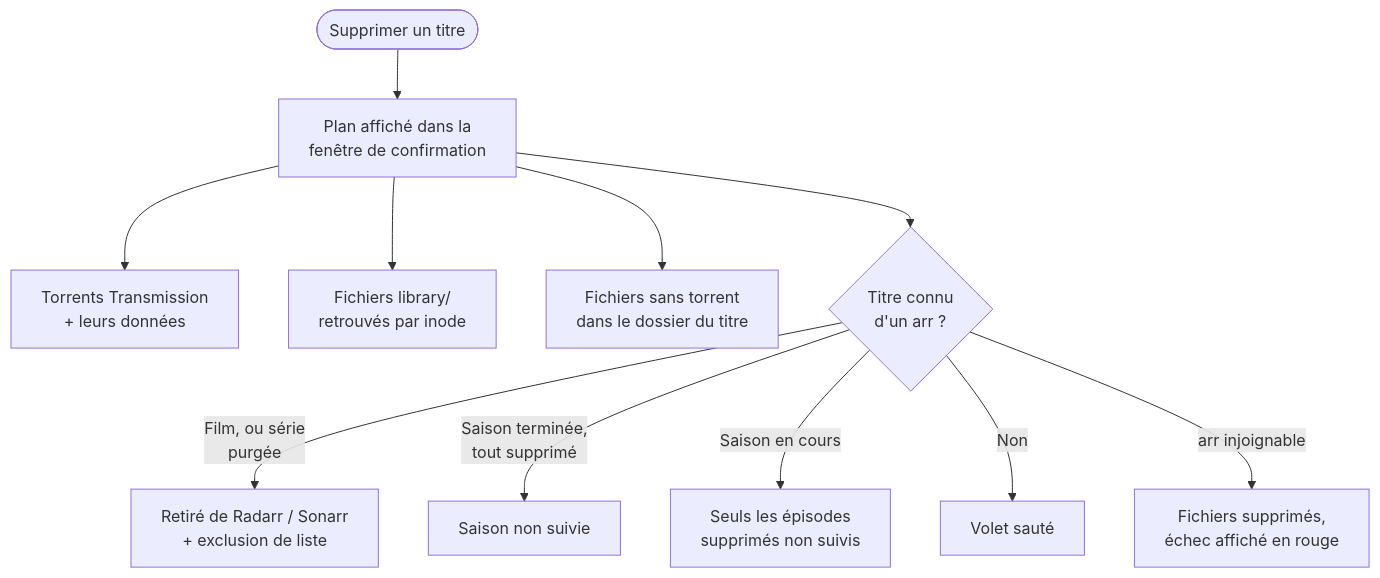
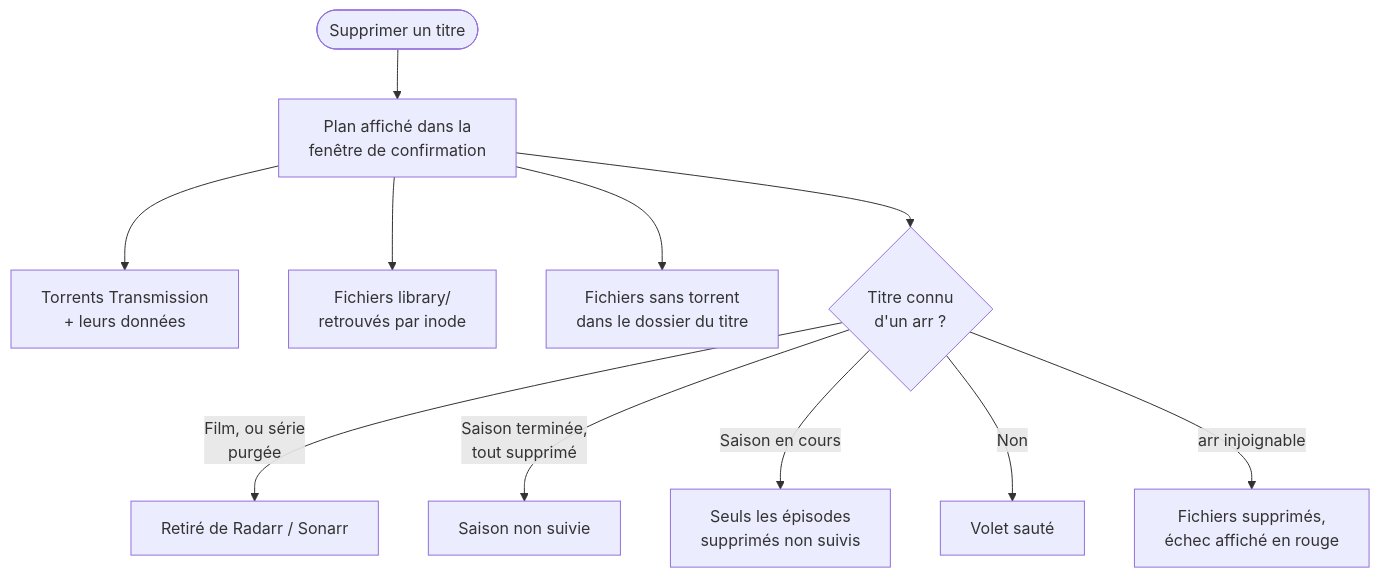
One commit to nattyebola/home-server-services changed the diagram in docs/clearr.md. Above: the diagram before and after it, drawn with Mermaid. The commit also changed other lines of this file and 7 other files, not shown here.

First line of the commit message:
feat(clearr): plus d'exclusion de liste au retrait d'un film ou à la purge d'une série

````diff
--- a/docs/clearr.md
+++ b/docs/clearr.md
@@ -23,13 +23,13 @@
 ```mermaid
 flowchart TD
     Start(["Supprimer un titre"]) --> Plan["Plan affiché dans la<br>fenêtre de confirmation"]
     Plan --> T["Torrents Transmission<br>+ leurs données"]
     Plan --> L["Fichiers library/<br>retrouvés par inode"]
     Plan --> O["Fichiers sans torrent<br>dans le dossier du titre"]
     Plan --> A{"Titre connu<br>d'un arr ?"}
-    A -->|"Film, ou série<br>purgée"| R["Retiré de Radarr / Sonarr<br>+ exclusion de liste"]
+    A -->|"Film, ou série<br>purgée"| R["Retiré de Radarr / Sonarr"]
     A -->|"Saison terminée,<br>tout supprimé"| S1["Saison non suivie"]
     A -->|"Saison en cours"| S2["Seuls les épisodes<br>supprimés non suivis"]
     A -->|"Non"| Skip["Volet sauté"]
     A -->|"arr injoignable"| Fail["Fichiers supprimés,<br>échec affiché en rouge"]
 ```
````
